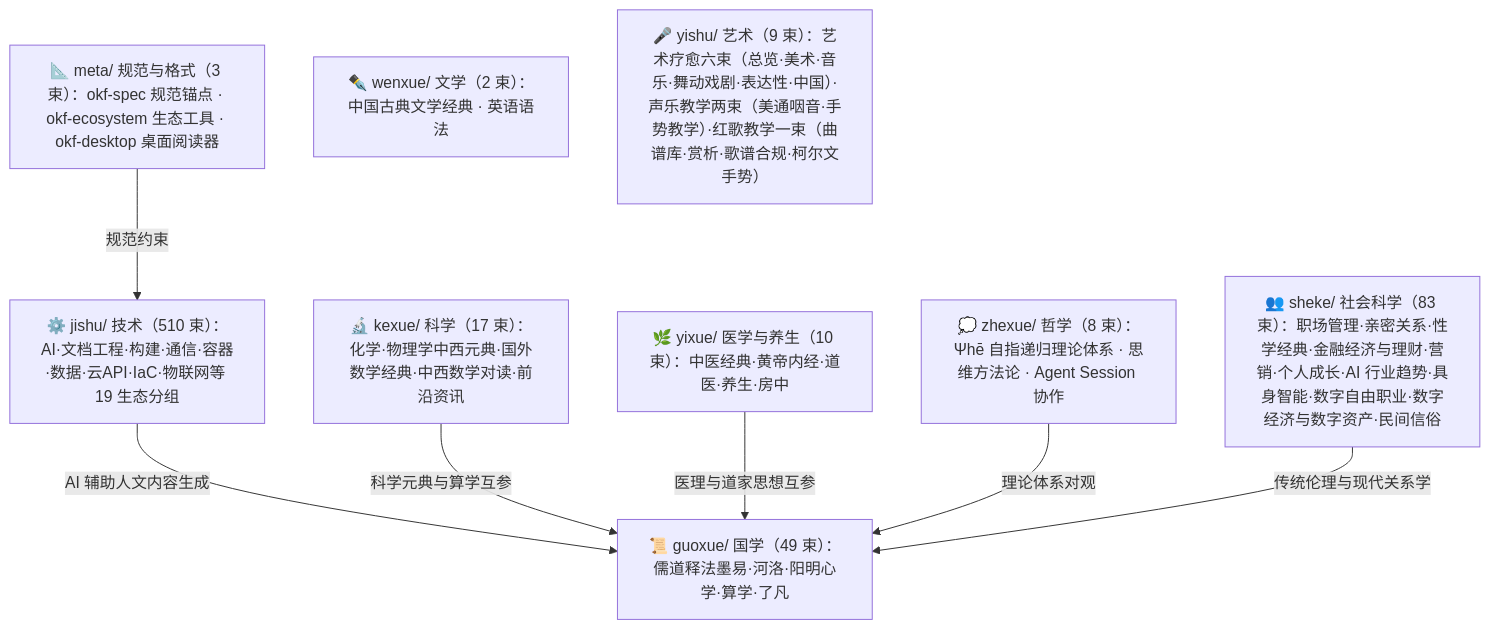
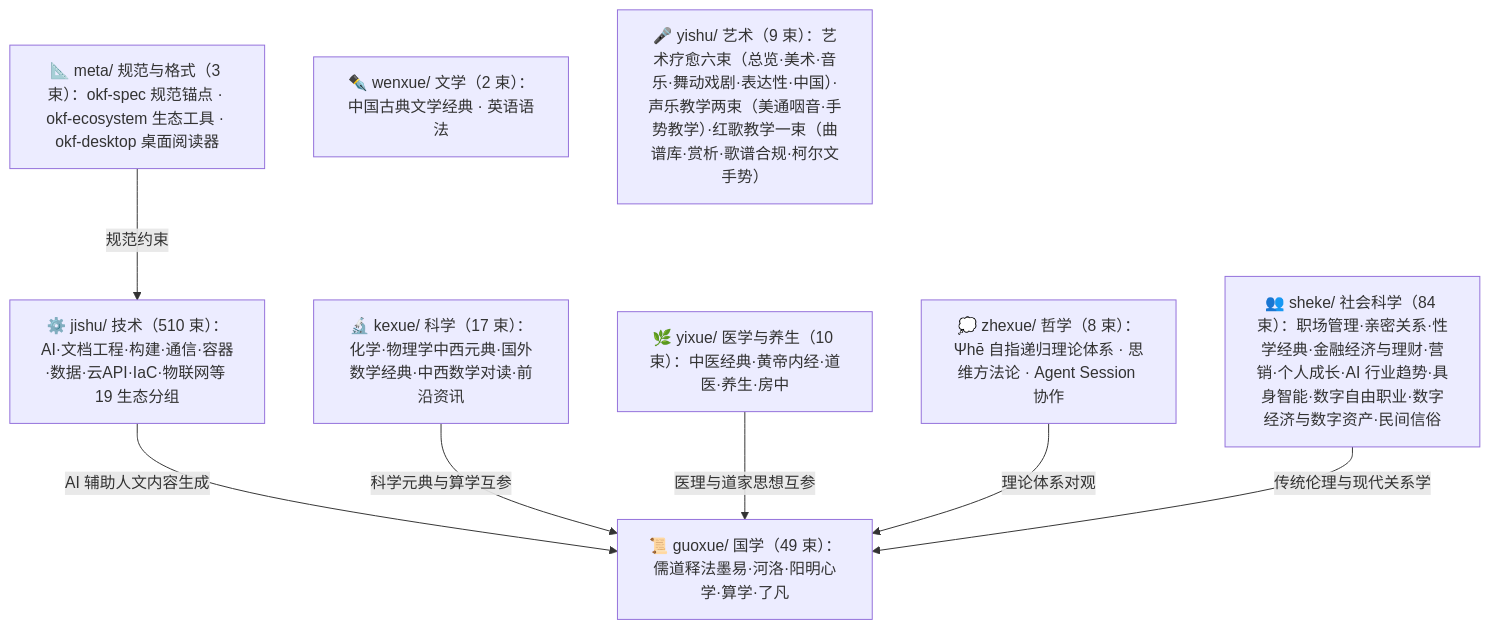
Before and after one commit to awesome-flexloop/awesome-okf: the diagram in doc/bundles/index.md, drawn with Mermaid. The commit also changed other lines of this file and 13 other files, not shown here.

````diff
--- a/doc/bundles/index.md
+++ b/doc/bundles/index.md
@@ -21,18 +21,18 @@
 ```mermaid
 flowchart TD
     meta["📐 meta/ 规范与格式（3 束）：okf-spec 规范锚点 · okf-ecosystem 生态工具 · okf-desktop 桌面阅读器"]
     guoxue["📜 guoxue/ 国学（49 束）：儒道释法墨易·河洛·阳明心学·算学·了凡"]
     zhexue["💭 zhexue/ 哲学（8 束）：Ψhē 自指递归理论体系 · 思维方法论 · Agent Session 协作"]
     kexue["🔬 kexue/ 科学（17 束）：化学·物理学中西元典·国外数学经典·中西数学对读·前沿资讯"]
     wenxue["✒️ wenxue/ 文学（2 束）：中国古典文学经典 · 英语语法"]
     yixue["🌿 yixue/ 医学与养生（10 束）：中医经典·黄帝内经·道医·养生·房中"]
-    sheke["👥 sheke/ 社会科学（83 束）：职场管理·亲密关系·性学经典·金融经济与理财·营销·个人成长·AI 行业趋势·具身智能·数字自由职业·数字经济与数字资产·民间信俗"]
+    sheke["👥 sheke/ 社会科学（84 束）：职场管理·亲密关系·性学经典·金融经济与理财·营销·个人成长·AI 行业趋势·具身智能·数字自由职业·数字经济与数字资产·民间信俗"]
     yishu["🎤 yishu/ 艺术（9 束）：艺术疗愈六束（总览·美术·音乐·舞动戏剧·表达性·中国）·声乐教学两束（美通咽音·手势教学）·红歌教学一束（曲谱库·赏析·歌谱合规·柯尔文手势）"]
     jishu["⚙️ jishu/ 技术（510 束）：AI·文档工程·构建·通信·容器·数据·云API·IaC·物联网等 19 生态分组"]
     meta -->|"规范约束"| jishu
     jishu -->|"AI 辅助人文内容生成"| guoxue
     kexue -->|"科学元典与算学互参"| guoxue
     yixue -->|"医理与道家思想互参"| guoxue
     zhexue -->|"理论体系对观"| guoxue
     sheke -->|"传统伦理与现代关系学"| guoxue
 ```
````
